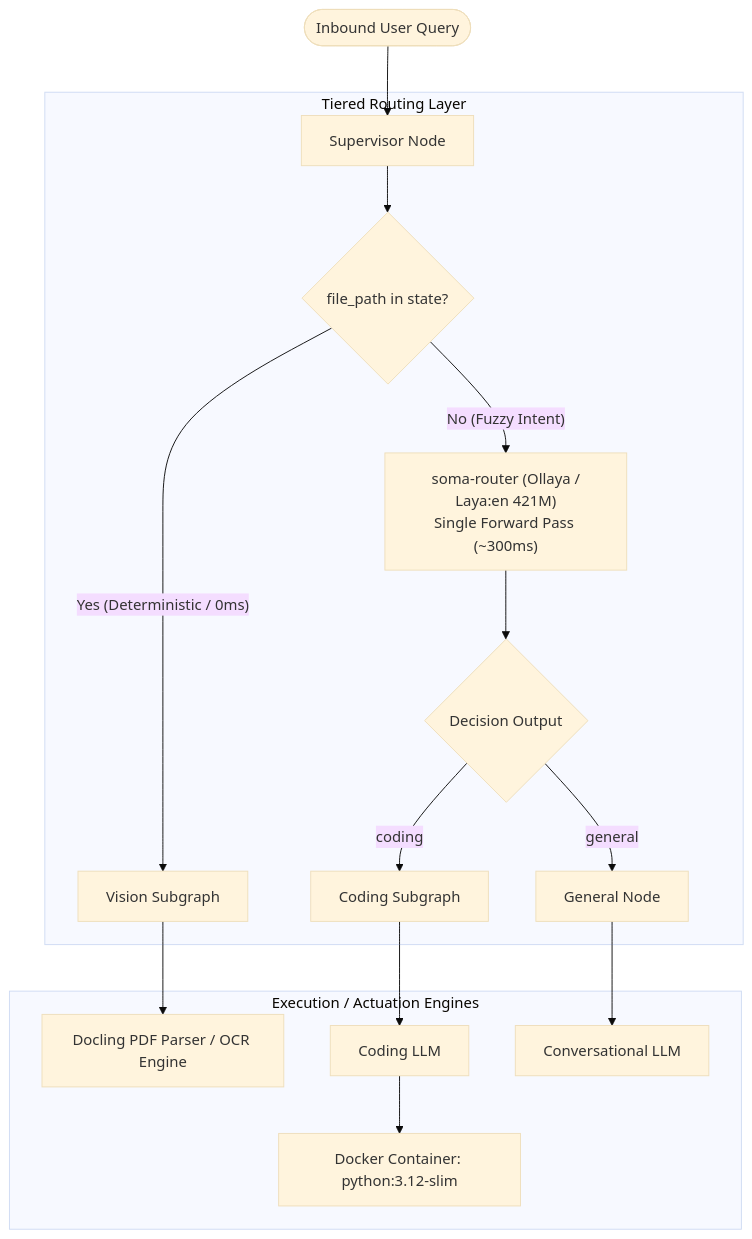
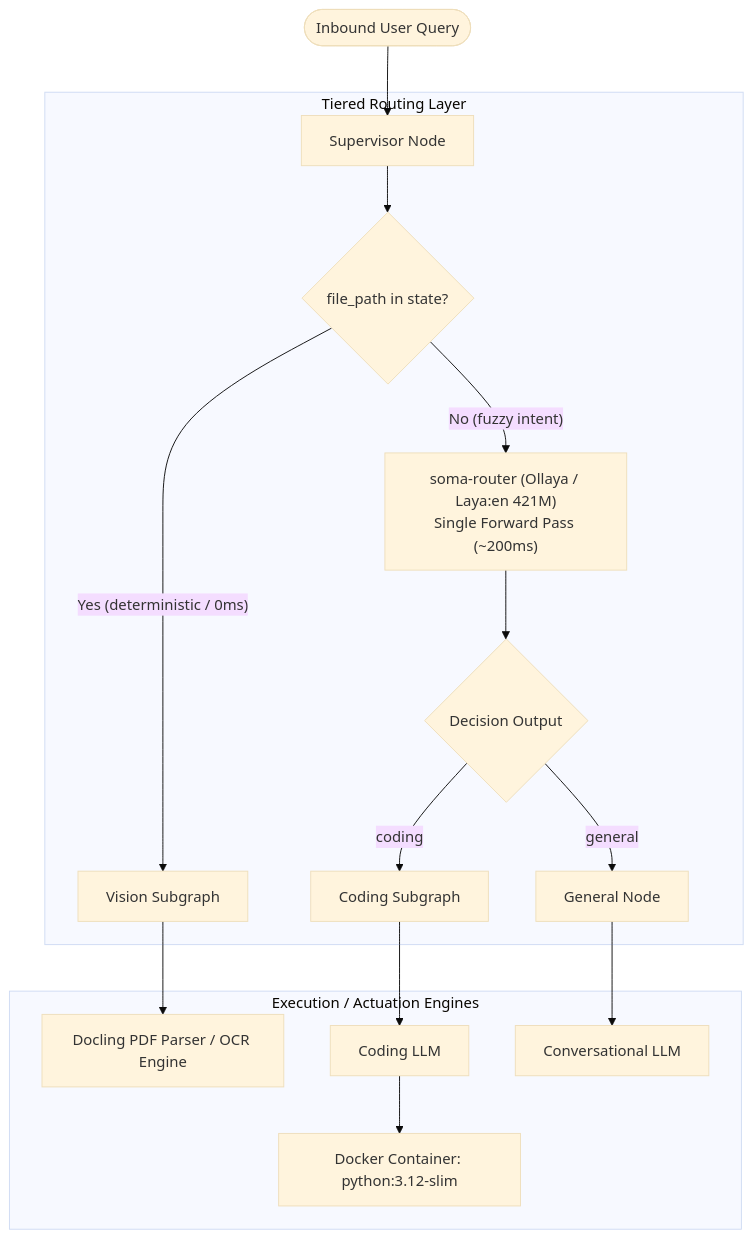
The diagram in README.md (cosmognaut/soma-server), drawn with Mermaid (base theme) before and after one commit. The commit also changed other lines of this file, not shown here.

````diff
--- a/README.md
+++ b/README.md
@@ -14,22 +14,20 @@
 ```mermaid
    flowchart TD
        User([Inbound User Query]) --> RouterNode[Supervisor Node]
 
        subgraph "Tiered Routing Layer"
            RouterNode --> HasFile{file_path in state?}
-           HasFile -- "Yes (Deterministic / 0ms)" --> VisionNode[Vision Subgraph]
-           HasFile -- "No (Fuzzy Intent)" --> OllayaDecision["soma-router (Ollaya /
- Laya:en 421M)<br/>Single Forward Pass (~300ms)"]
-
+           HasFile -- "Yes (deterministic / 0ms)" --> VisionNode[Vision Subgraph]
+           HasFile -- "No (fuzzy intent)" --> OllayaDecision["soma-router (Ollaya / Laya:en 421M)<br/>Single Forward Pass (~200ms)"]
            OllayaDecision --> IntentCheck{Decision Output}
            IntentCheck -- "coding" --> CodingNode[Coding Subgraph]
            IntentCheck -- "general" --> GeneralNode[General Node]
        end
 
        subgraph "Execution / Actuation Engines"
            VisionNode --> Docling[Docling PDF Parser / OCR Engine]
            CodingNode --> LLMCoding[Coding LLM]
            LLMCoding --> DockerSandbox[Docker Container: python:3.12-slim]
            GeneralNode --> LLMGeneral[Conversational LLM]
        end
 ```
````
